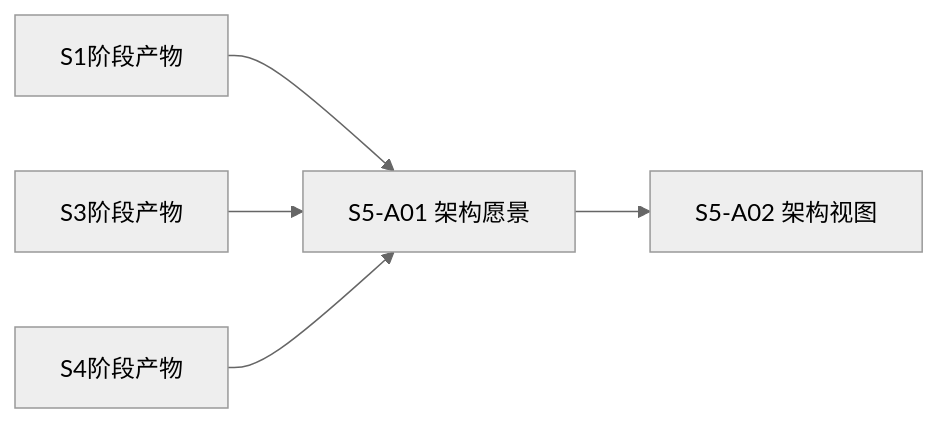
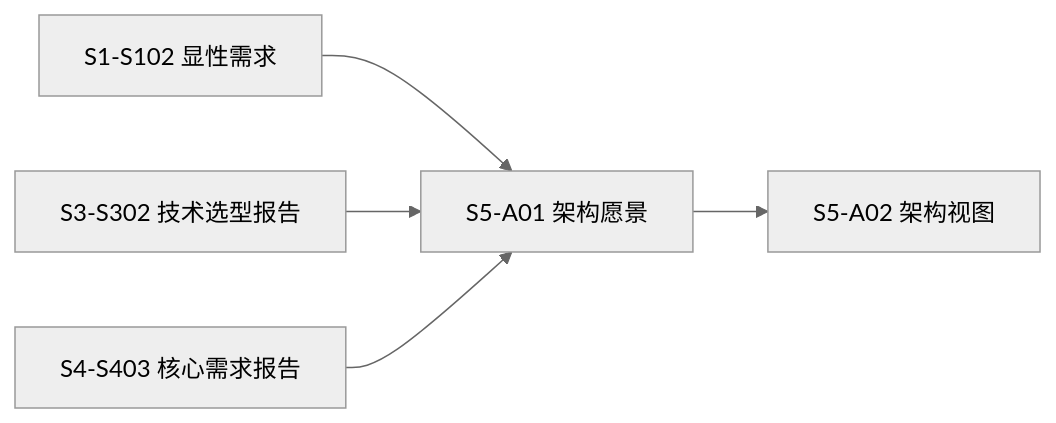
One commit to HeartFlying/swf changed the second of 3 diagrams in skills/s5-vision/SKILL.md. Above: the diagram before and after it, drawn with Mermaid (neutral theme). The commit also changed other lines of this file and 33 other files, not shown here.

````diff
--- a/skills/s5-vision/SKILL.md
+++ b/skills/s5-vision/SKILL.md
@@ -226,7 +226,7 @@
 ```mermaid
 graph LR
-    S1[S1阶段产物] --> A01[S5-A01 架构愿景]
-    S3[S3阶段产物] --> A01
-    S4[S4阶段产物] --> A01
+    S1[S1-S102 显性需求] --> A01[S5-A01 架构愿景]
+    S3[S3-S302 技术选型报告] --> A01
+    S4[S4-S403 核心需求报告] --> A01
     A01 --> A02[S5-A02 架构视图]
 ```
````
